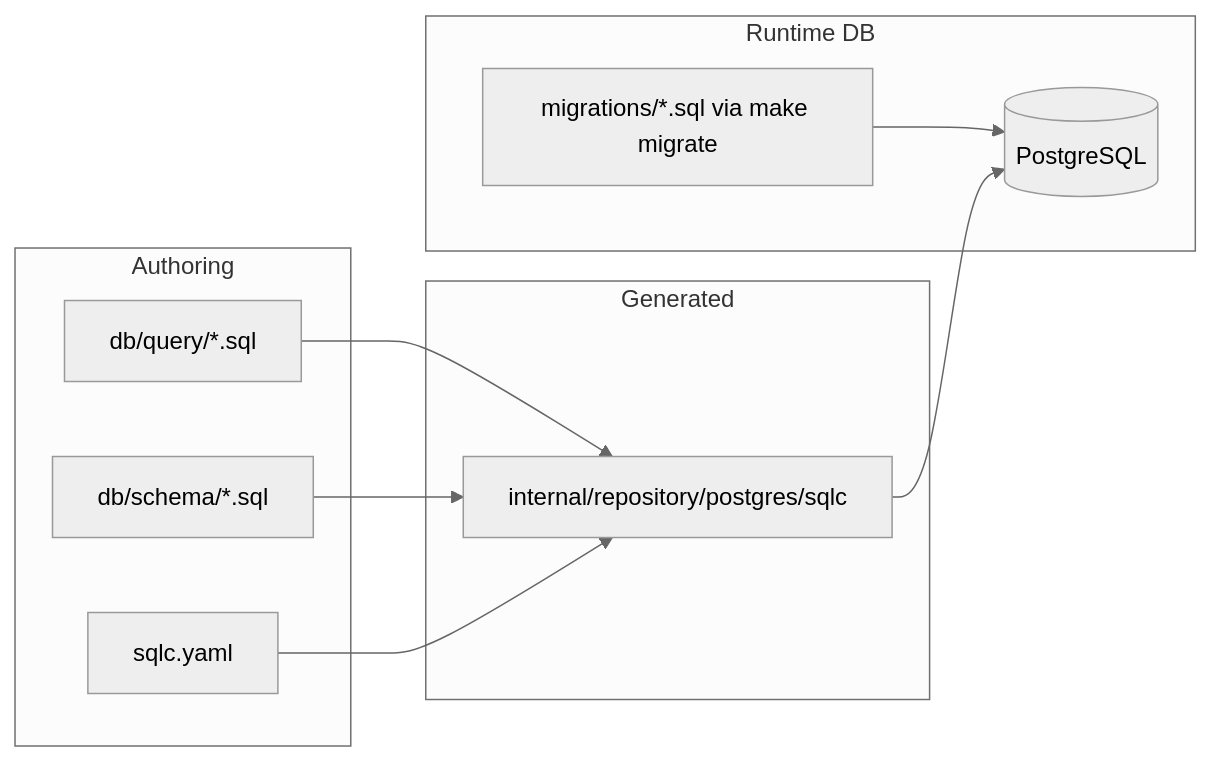
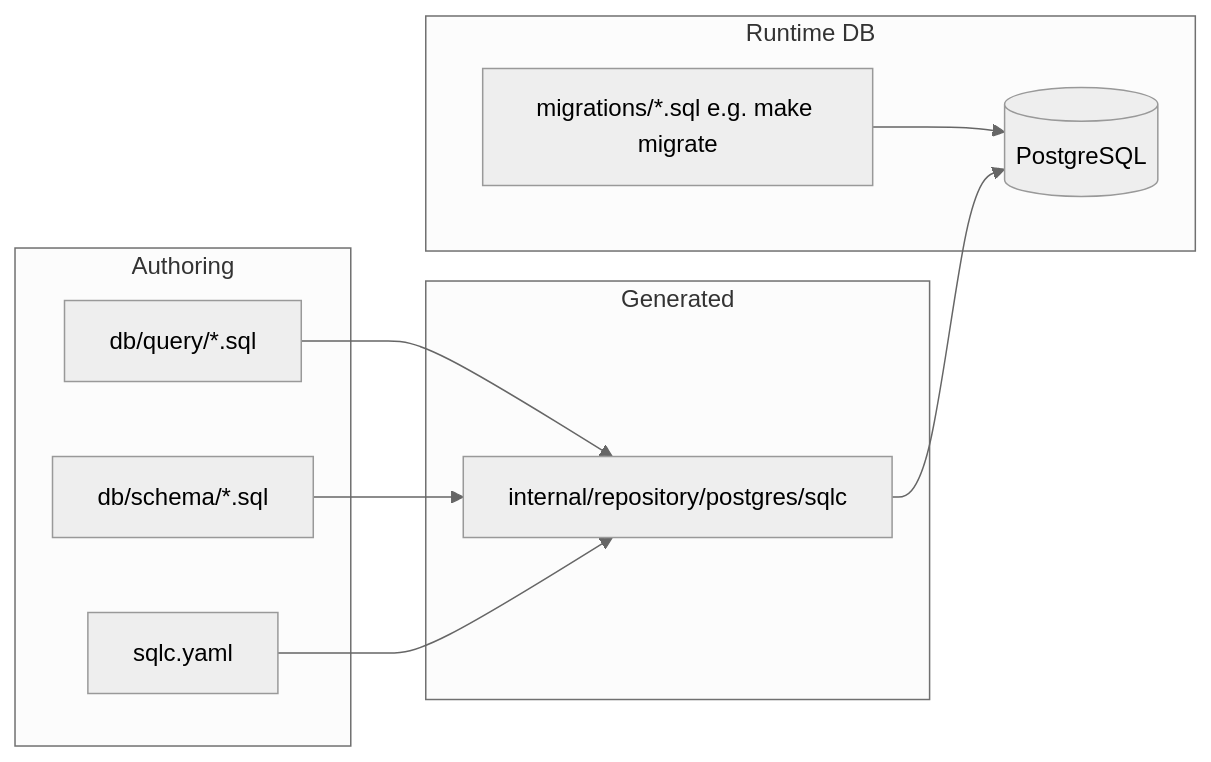
The sixth of 6 diagrams in docs/ARCHITECTURE.md (nuralam24/go-crud-with-fiber), drawn with Mermaid (neutral theme) before and after one commit. The commit also changed other lines of this file and 8 other files, not shown here.

Commit message:
Refactor API routes to use `/api/v1` prefix; update Swagger documentation paths and enhance README for clarity on API structure and usage. Improve architecture documentation with detailed descriptions and diagrams for better understanding of system components.

````diff
--- a/docs/ARCHITECTURE.md
+++ b/docs/ARCHITECTURE.md
@@ -194,23 +198,23 @@
 ```mermaid
 flowchart LR
   subgraph sources [Authoring]
     Q[db/query/*.sql]
     SCH[db/schema/*.sql]
     Y[sqlc.yaml]
   end
 
   subgraph gen [Generated]
     G[internal/repository/postgres/sqlc]
   end
 
   subgraph runtime [Runtime DB]
-    M[migrations/*.sql via make migrate]
+    M[migrations/*.sql e.g. make migrate]
     PG[(PostgreSQL)]
   end
 
   Q --> G
   SCH --> G
   Y --> G
   M --> PG
   G --> PG
 ```
````
